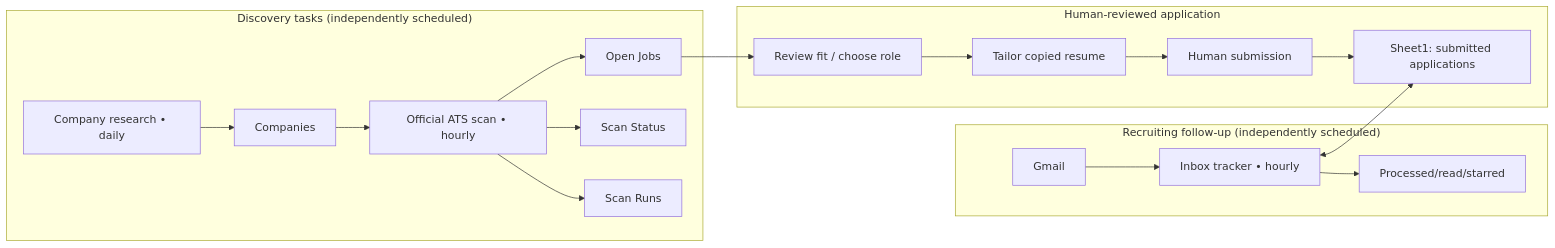
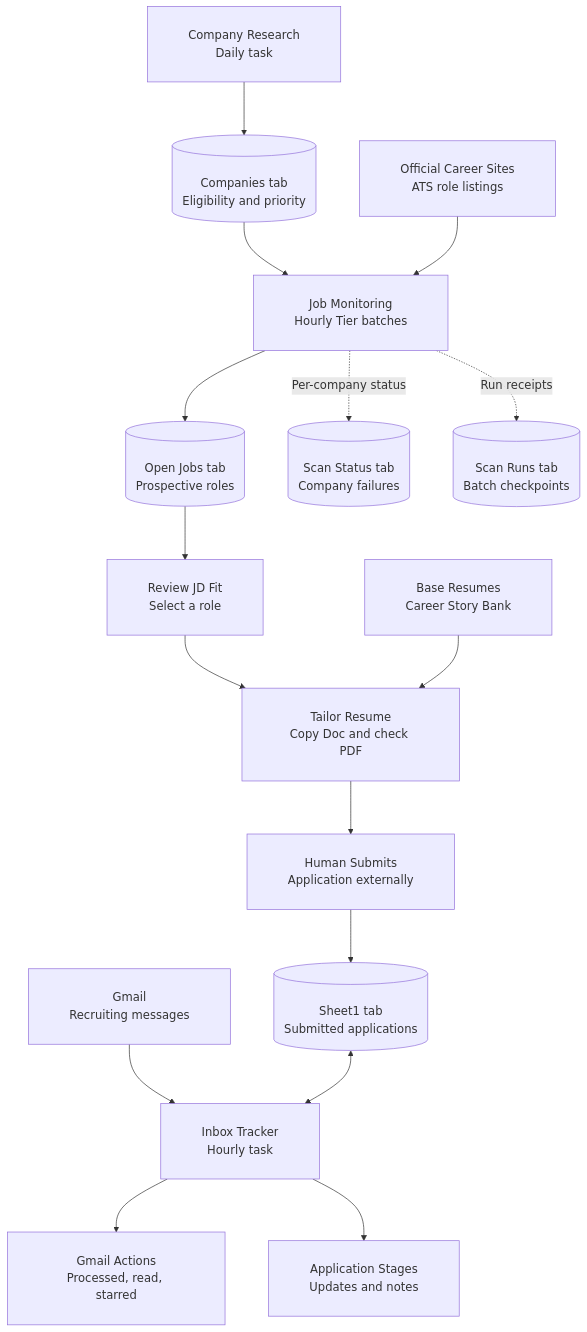
Before and after one commit to sophiesun7119/ai-job-application-lifecycle: the diagram in docs/architecture.md, drawn with Mermaid. The commit also changed other lines of this file and 3 other files, not shown here.

Commit message:
docs: improve lifecycle Mermaid readability and add full workflow guide

````diff
--- a/docs/architecture.md
+++ b/docs/architecture.md
@@ -7,21 +7,33 @@
 ```mermaid
-flowchart LR
-    subgraph DISC["Discovery tasks (independently scheduled)"]
-      DC["Company research • daily"] --> CO["Companies"]
-      DJ["Official ATS scan • hourly"] --> OJ["Open Jobs"]
-      DJ --> SS["Scan Status"]
-      DJ --> SR["Scan Runs"]
-    end
-    CO --> DJ
-    subgraph PEOPLE["Human-reviewed application"]
-      OJ --> FIT["Review fit / choose role"]
-      FIT --> CV["Tailor copied resume"]
-      CV --> AP["Human submission"]
-      AP --> A["Sheet1: submitted applications"]
-    end
-    subgraph MAIL["Recruiting follow-up (independently scheduled)"]
-      G["Gmail"] --> IN["Inbox tracker • hourly"]
-      IN <--> A
-      IN --> LAB["Processed/read/starred"]
-    end
+%%{init: {"flowchart": {"nodeSpacing": 64, "rankSpacing": 78, "padding": 30}, "themeVariables": {"fontSize": "17px"}}}%%
+flowchart TB
+    COMPANY["Company Research<br/>Daily task"]
+    CO[("Companies tab<br/>Eligibility and priority")]
+    SOURCE["Official Career Sites<br/>ATS role listings"]
+    SCAN["Job Monitoring<br/>Hourly Tier batches"]
+    OPEN[("Open Jobs tab<br/>Prospective roles")]
+    HEALTH[("Scan Status tab<br/>Company failures")]
+    RUNS[("Scan Runs tab<br/>Batch checkpoints")]
+    REVIEW["Review JD Fit<br/>Select a role"]
+    BASE["Base Resumes<br/>Career Story Bank"]
+    RESUME["Tailor Resume<br/>Copy Doc and check PDF"]
+    HUMAN["Human Submits<br/>Application externally"]
+    APPS[("Sheet1 tab<br/>Submitted applications")]
+    MAIL["Gmail<br/>Recruiting messages"]
+    INBOX["Inbox Tracker<br/>Hourly task"]
+    GMAILA["Gmail Actions<br/>Processed, read, starred"]
+    STAGE["Application Stages<br/>Updates and notes"]
+
+    COMPANY --> CO --> SCAN
+    SOURCE --> SCAN
+    SCAN --> OPEN
+    SCAN -. "Per-company status" .-> HEALTH
+    SCAN -. "Run receipts" .-> RUNS
+    OPEN --> REVIEW --> RESUME
+    BASE --> RESUME
+    RESUME --> HUMAN --> APPS
+    MAIL --> INBOX
+    APPS <--> INBOX
+    INBOX --> GMAILA
+    INBOX --> STAGE
 ```
````
